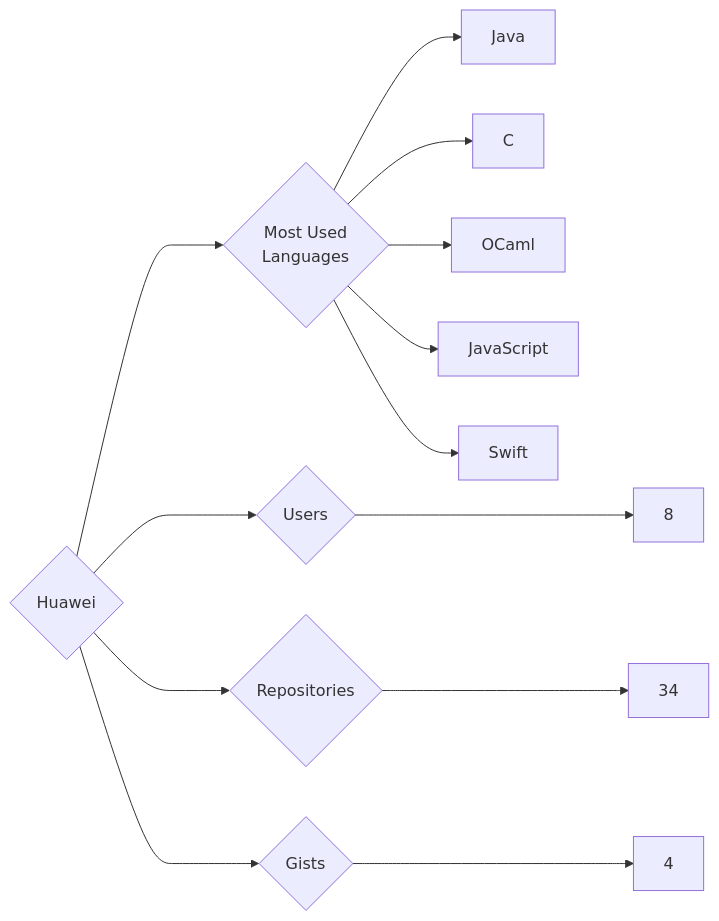
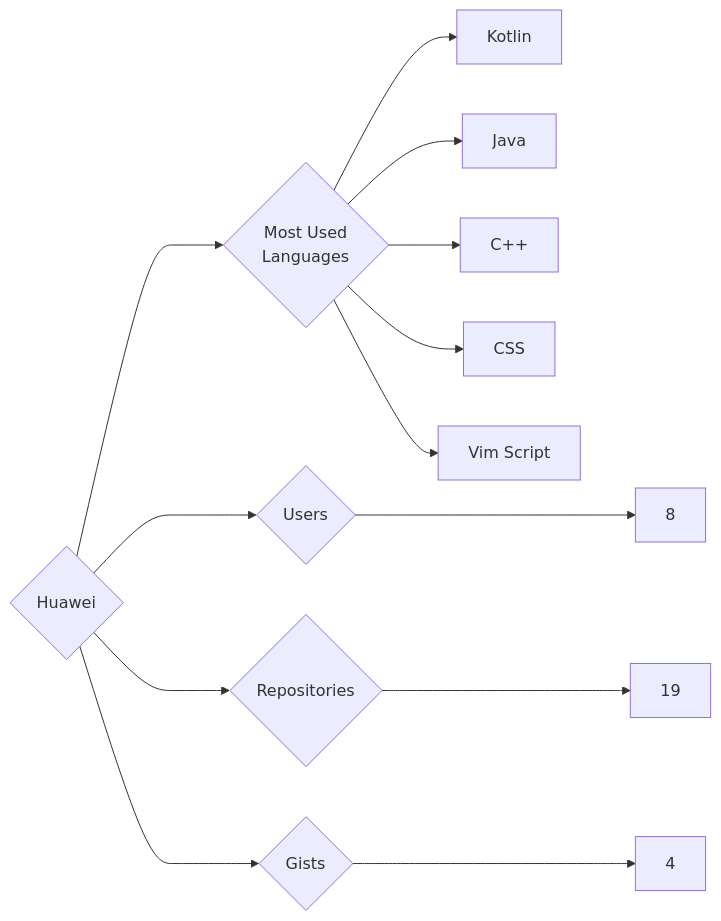
Before and after one commit to trickest/insiders: the diagram in targets/Huawei/README.md, drawn with Mermaid. The commit also changed 1141 other files, not shown here.

````diff
--- a/targets/Huawei/README.md
+++ b/targets/Huawei/README.md
@@ -3,13 +3,13 @@
 ```mermaid
 graph LR
 COMPANY_NAME{Huawei}
 COMPANY_NAME ---> U{Users} ---> UN[8]
-COMPANY_NAME ---> R{Repositories} ---> RN[34]
+COMPANY_NAME ---> R{Repositories} ---> RN[19]
 COMPANY_NAME ---> G{Gists} ---> GN[4]
 COMPANY_NAME ---> ML{Most Used<br>Languages}
+ML --> Kotlin[Kotlin]
 ML --> Java[Java]
-ML --> C[C]
-ML --> OCaml[OCaml]
-ML --> JavaScript[JavaScript]
-ML --> Swift[Swift]
+ML --> C++[C++]
+ML --> CSS[CSS]
+ML --> Vim_Script[Vim Script]
 ```
````
